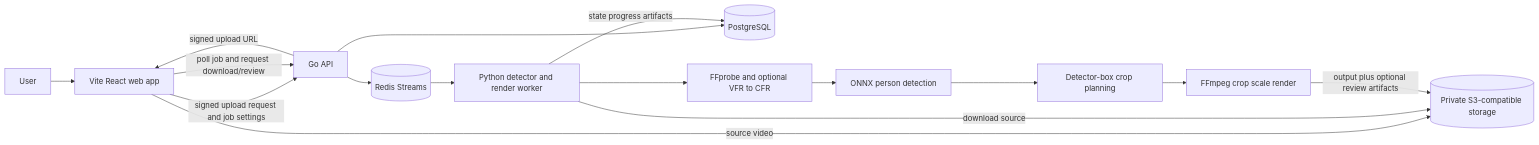
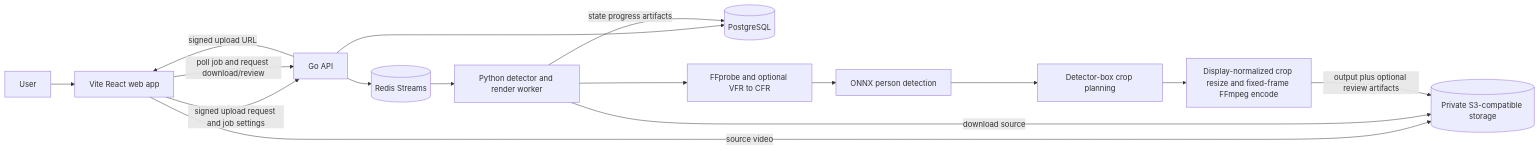
Before and after one commit to o0O96O0o/boulder-frame: the diagram in docs/architecture/offline-reframing-mvp.md, drawn with Mermaid. The commit also changed other lines of this file and 17 other files, not shown here.

````diff
--- a/docs/architecture/offline-reframing-mvp.md
+++ b/docs/architecture/offline-reframing-mvp.md
@@ -47,18 +47,18 @@
 ```mermaid
 flowchart LR
   U[User] --> W[Vite React web app]
   W -->|signed upload request and job settings| A[Go API]
   A --> P[(PostgreSQL)]
   A -->|signed upload URL| W
   W -->|source video| S[(Private S3-compatible storage)]
   A --> Q[(Redis Streams)]
   Q --> K[Python detector and render worker]
   K -->|download source| S
   K --> V[FFprobe and optional VFR to CFR]
   V --> D[ONNX person detection]
   D --> F[Detector-box crop planning]
-  F --> R[FFmpeg crop scale render]
+  F --> R[Display-normalized crop resize and fixed-frame FFmpeg encode]
   R -->|output plus optional review artifacts| S
   K -->|state progress artifacts| P
   W -->|poll job and request download/review| A
 ```
````
